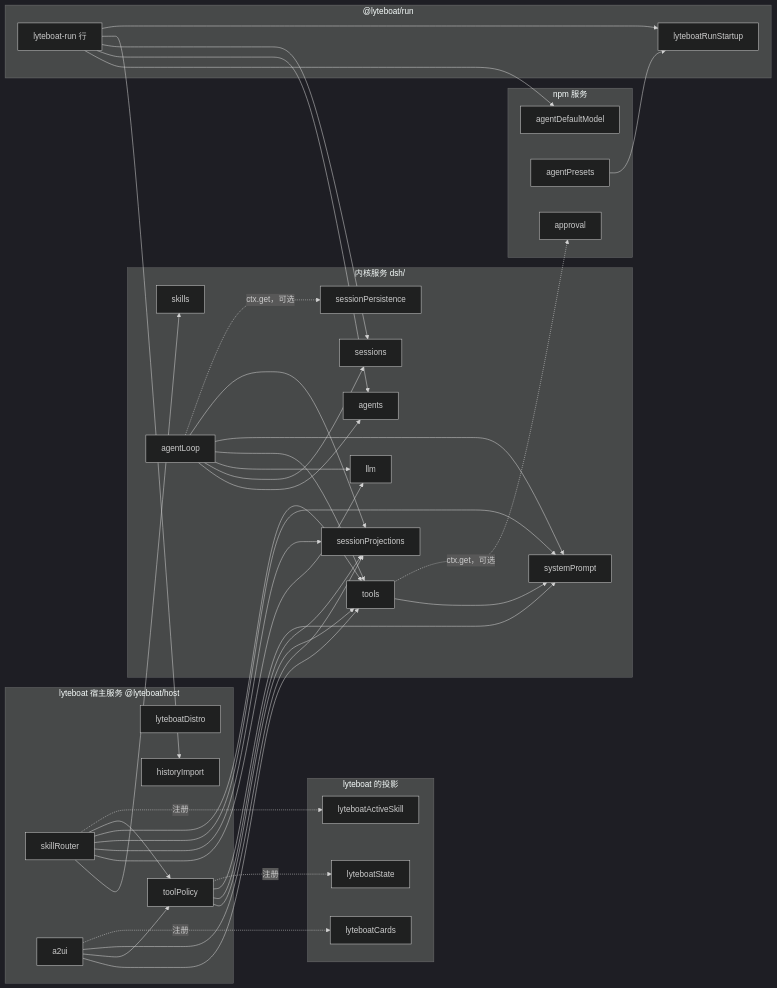
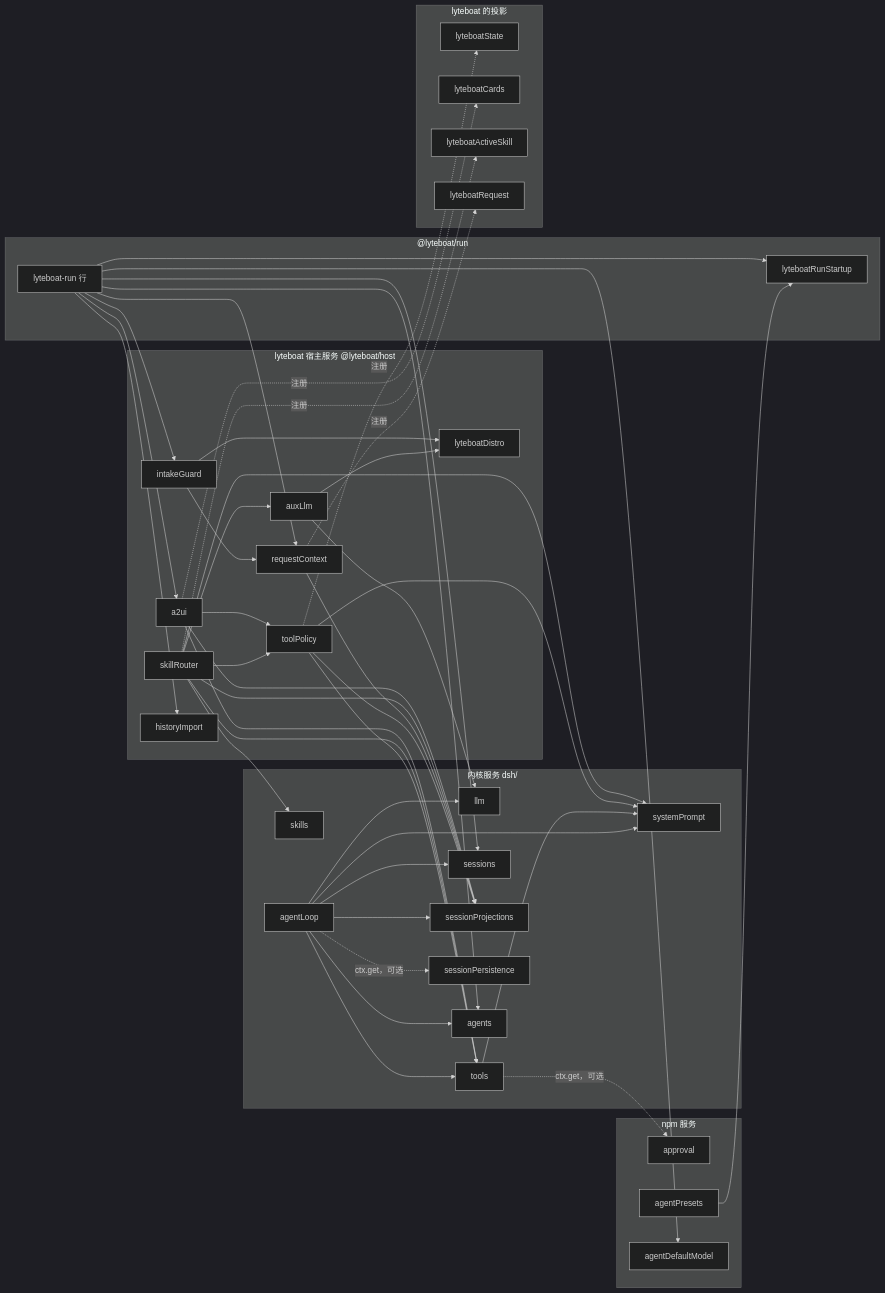
Before and after one commit to lyteboat/boat: the third of 11 diagrams in docs/01-architecture.md, drawn with Mermaid (dark theme). The commit also changed other lines of this file and 5 other files, not shown here.

````diff
--- a/docs/01-architecture.md
+++ b/docs/01-architecture.md
@@ -149,47 +151,55 @@
 ```mermaid
 flowchart LR
   subgraph KS["内核服务 dsh/"]
     llm["llm"]
     tools["tools"]
     skills["skills"]
     sessions["sessions"]
     sp["systemPrompt"]
     proj["sessionProjections"]
     persist["sessionPersistence"]
     agentsS["agents"]
     loop["agentLoop"]
   end
   subgraph NS["npm 服务"]
     approval["approval"]
     presets["agentPresets"]
     dm["agentDefaultModel"]
   end
   subgraph BS["lyteboat 宿主服务 @lyteboat/host"]
     distro["lyteboatDistro"]
     tp["toolPolicy"]
+    aux["auxLlm"]
+    rc["requestContext"]
+    ig["intakeGuard"]
     sr["skillRouter"]
     a2ui["a2ui"]
     hi["historyImport"]
   end
   subgraph RS["@lyteboat/run"]
     startup["lyteboatRunStartup"]
     runner["lyteboat-run 行"]
   end
   subgraph PS["lyteboat 的投影"]
     pState["lyteboatState"]
     pCards["lyteboatCards"]
     pSkill["lyteboatActiveSkill"]
+    pReq["lyteboatRequest"]
   end
   loop --> agentsS & sessions & llm & tools & sp & proj
   tools --> sp
   tp --> tools & proj & sp
-  sr --> skills & llm & proj & sp & tools & tp
+  aux --> llm & distro
+  rc --> proj
+  ig --> rc & distro
+  sr --> skills & aux & proj & sp & tools & tp
   a2ui --> tools & tp & proj
   presets --> startup
-  runner --> dm & agentsS & sessions & hi & startup
+  runner --> dm & agentsS & sessions & hi & a2ui & rc & ig & startup
   tp -.->|"注册"| pState
   a2ui -.->|"注册"| pCards
   sr -.->|"注册"| pSkill
+  rc -.->|"注册"| pReq
   tools -.->|"ctx.get，可选"| approval
   loop -.->|"ctx.get，可选"| persist
 ```
````
